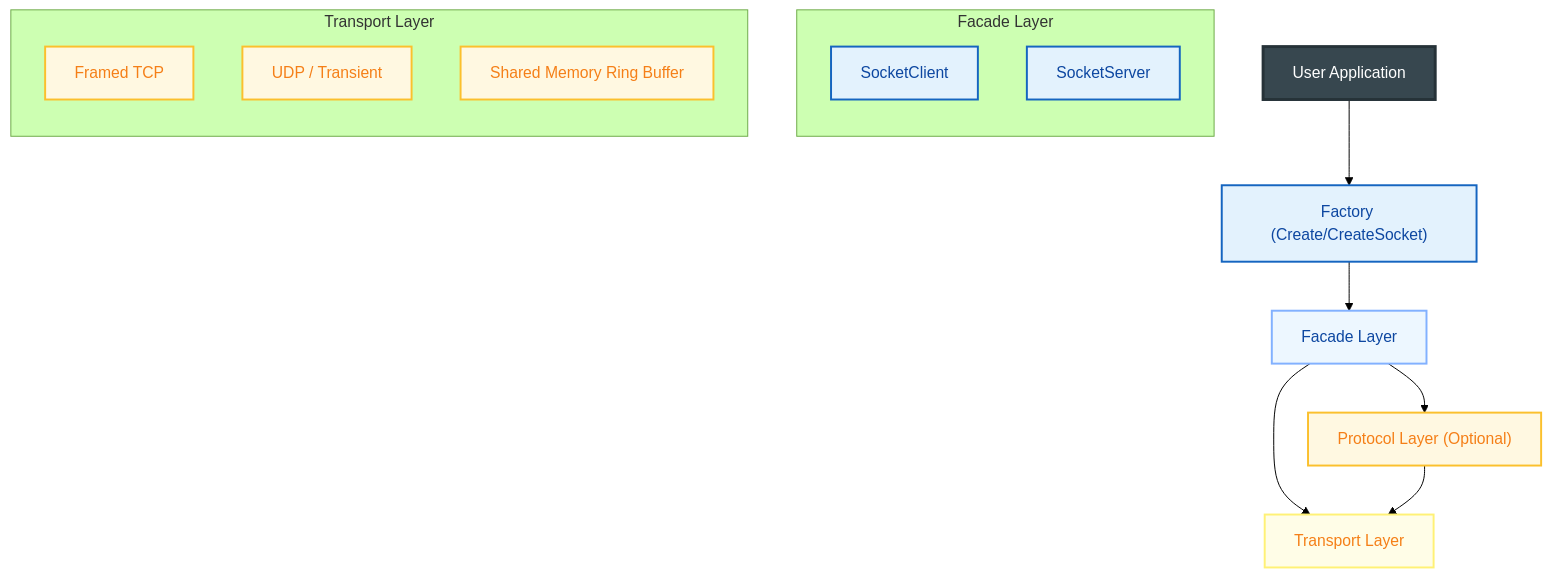
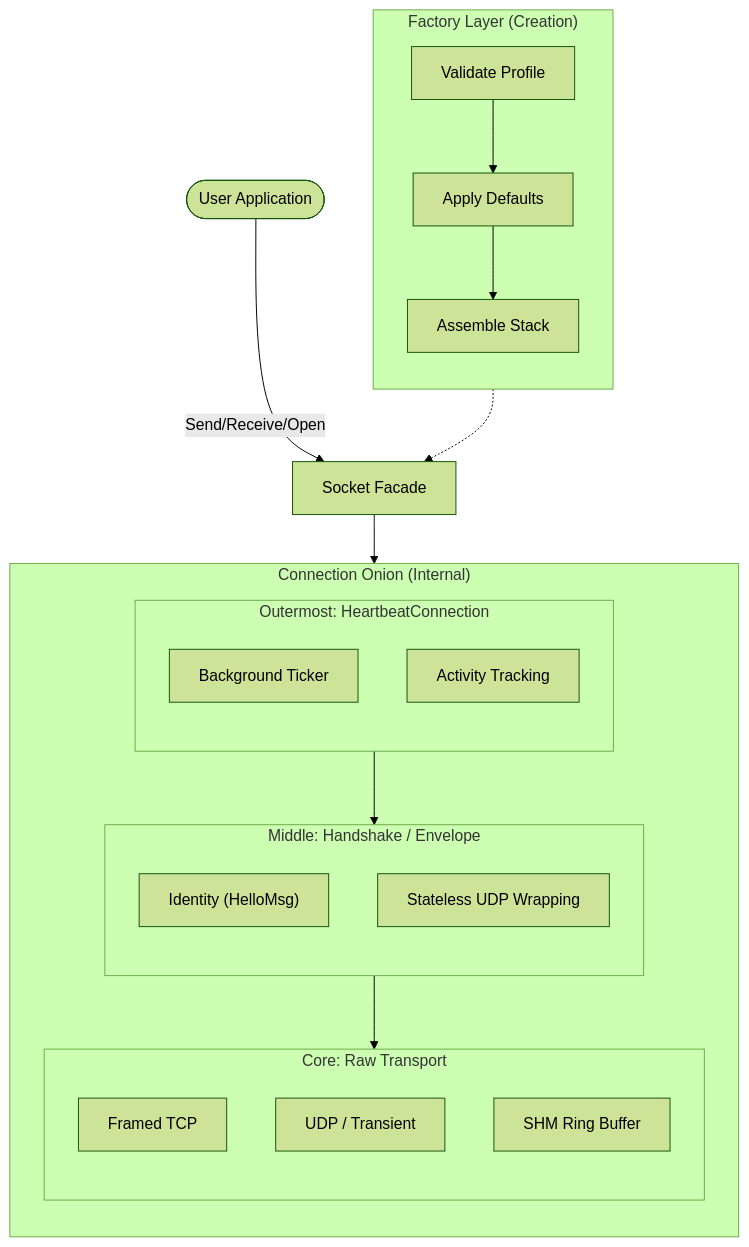
The diagram in ARCHITECTURE.md (Bastien-Antigravity/safe-socket), drawn with Mermaid (forest theme) before and after one commit.

Commit message:
docs: update architecture diagram to reflect new connection onion stack structure

````diff
--- a/ARCHITECTURE.md
+++ b/ARCHITECTURE.md
@@ -15,31 +15,39 @@
 ```mermaid
 flowchart TD
-    %% Styles
-    classDef core fill:#e3f2fd,stroke:#1565c0,stroke-width:2px,color:#0d47a1;
-    classDef net fill:#fff8e1,stroke:#fbc02d,stroke-width:2px,color:#f57f17;
+    User([User Application]) -- "Send/Receive/Open" --> Socket[Socket Facade]
     
-    %% Application Node Styling
-    style User fill:#37474f,stroke:#263238,stroke-width:3px,color:#ffffff
+    subgraph Factory ["Factory Layer (Creation)"]
+        direction TB
+        F1[Validate Profile] --> F2[Apply Defaults]
+        F2 --> F3[Assemble Stack]
+    end
 
-    User[User Application] --> Factory["Factory (Create/CreateSocket)"]:::core
-    Factory --> Facade[Facade Layer]:::core
-    
-    subgraph Facade Layer
+    Factory -.-> Socket
+
+    subgraph Stack ["Connection Onion (Internal)"]
         direction TB
-        Client[SocketClient]:::core
-        Server[SocketServer]:::core
+        H[Heartbeat Layer] --> P[Protocol Layer]
+        P --> T[Transport Layer]
+        
+        subgraph H ["Outermost: HeartbeatConnection"]
+            direction TB
+            h1["Background Ticker"]
+            h2["Activity Tracking"]
+        end
+        
+        subgraph P ["Middle: Handshake / Envelope"]
+            direction TB
+            p1["Identity (HelloMsg)"]
+            p2["Stateless UDP Wrapping"]
+        end
+        
+        subgraph T ["Core: Raw Transport"]
+            direction TB
+            t1["Framed TCP"]
+            t2["UDP / Transient"]
+            t3["SHM Ring Buffer"]
+        end
     end
-    style Facade fill:#edf7ff,stroke:#82b1ff,stroke-width:2px,color:#0d47a1
-    
-    Facade --> Protocol["Protocol Layer (Optional)"]:::net
-    Facade --> Transport[Transport Layer]:::net
-    Protocol --> Transport
-    
-    subgraph Transport Layer
-        direction TB
-        TCP[Framed TCP]:::net
-        UDP[UDP / Transient]:::net
-        SHM[Shared Memory Ring Buffer]:::net
-    end
-    style Transport fill:#fffde7,stroke:#fff176,stroke-width:2px,color:#f57f17
+
+    Socket --> Stack
 ```
````
